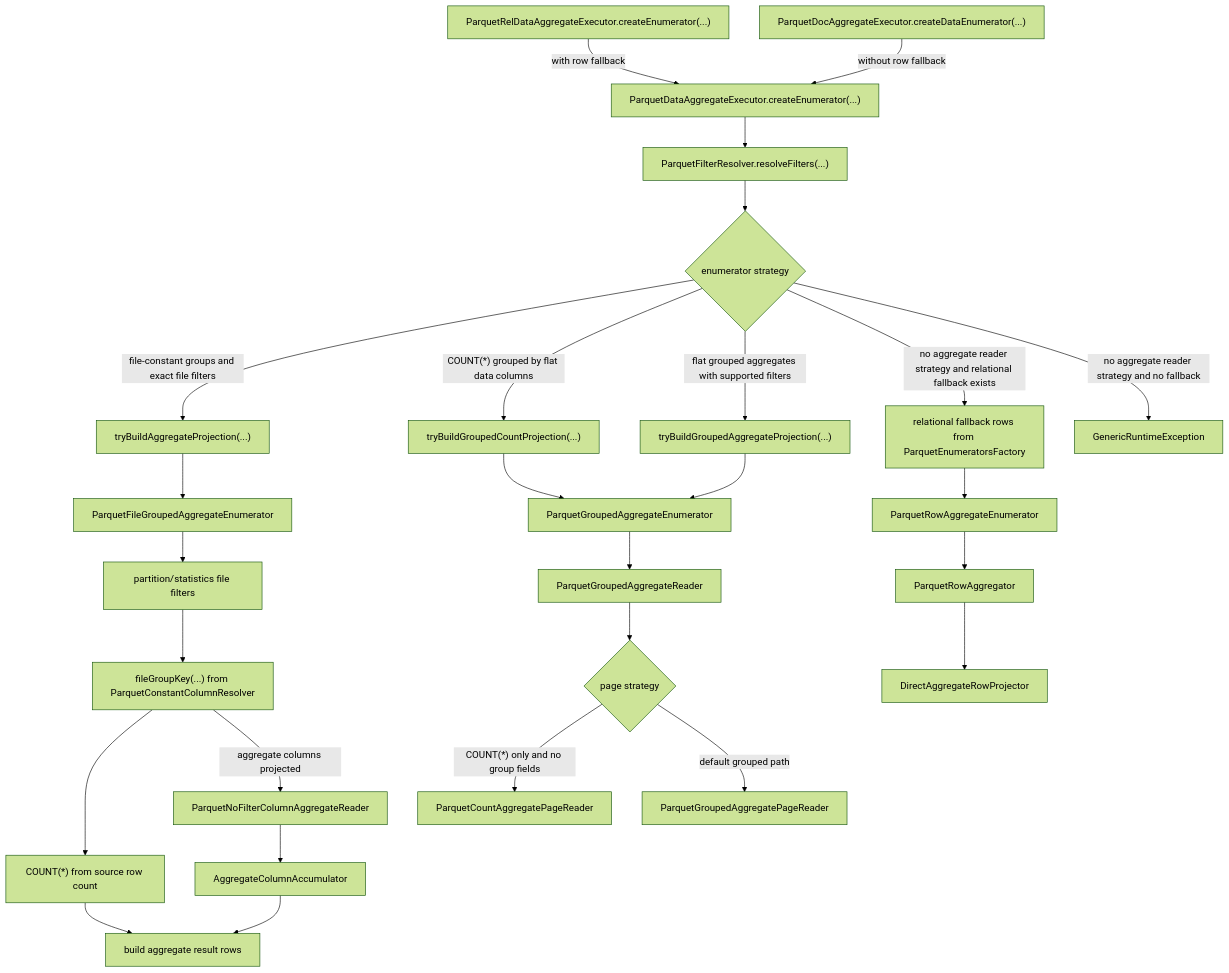
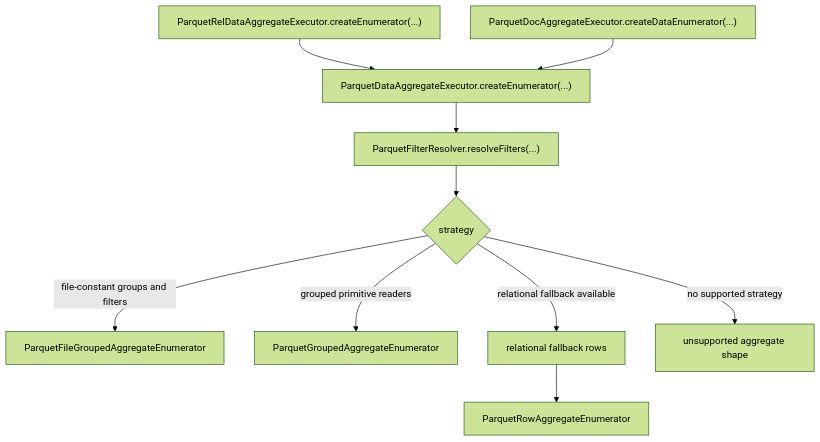
Before and after one commit to polypheny/Polypheny-DB: the second of 6 diagrams in plugins/parquet-adapter/docs/rel_execution_flows.md, drawn with Mermaid (forest theme). The commit also changed other lines of this file and 18 other files, not shown here.

````diff
--- a/plugins/parquet-adapter/docs/rel_execution_flows.md
+++ b/plugins/parquet-adapter/docs/rel_execution_flows.md
@@ -47,52 +41,22 @@
 ```mermaid
 flowchart TD
     relEntry["ParquetRelDataAggregateExecutor.createEnumerator(...)"]
     docEntry["ParquetDocAggregateExecutor.createDataEnumerator(...)"]
     shared["ParquetDataAggregateExecutor.createEnumerator(...)"]
 
     resolveFilters["ParquetFilterResolver.resolveFilters(...)"]
-    strategy{"enumerator strategy"}
+    strategy{"strategy"}
+    fileGrouped["ParquetFileGroupedAggregateEnumerator"]
+    grouped["ParquetGroupedAggregateEnumerator"]
+    fallbackRows["relational fallback rows"]
+    rowAggregate["ParquetRowAggregateEnumerator"]
+    unsupported["unsupported aggregate shape"]
 
-    fileProjection["tryBuildAggregateProjection(...)"]
-    fileEnumerator["ParquetFileGroupedAggregateEnumerator"]
-    fileFilter["partition/statistics file filters"]
-    fileGroup["fileGroupKey(...) from ParquetConstantColumnResolver"]
-    countStarRows["COUNT(*) from source row count"]
-    columnReader["ParquetNoFilterColumnAggregateReader"]
-    columnAccumulator["AggregateColumnAccumulator"]
-    fileRows["build aggregate result rows"]
-
-    groupedCountProjection["tryBuildGroupedCountProjection(...)"]
-    groupedProjection["tryBuildGroupedAggregateProjection(...)"]
-    groupedEnumerator["ParquetGroupedAggregateEnumerator"]
-    groupedReader["ParquetGroupedAggregateReader"]
-    pageStrategy{"page strategy"}
-    countPage["ParquetCountAggregatePageReader"]
-    groupedPage["ParquetGroupedAggregatePageReader"]
-
-    fallbackRows["relational fallback rows from ParquetEnumeratorsFactory"]
-    rowAggregate["ParquetRowAggregateEnumerator"]
-    rowEngine["ParquetRowAggregator"]
-    directProjector["DirectAggregateRowProjector"]
-
-    unsupported["GenericRuntimeException"]
-
-    relEntry -->|"with row fallback"| shared
-    docEntry -->|"without row fallback"| shared
+    relEntry --> shared
+    docEntry --> shared
     shared --> resolveFilters --> strategy
-
-    strategy -->|"file-constant groups and exact file filters"| fileProjection --> fileEnumerator
-    fileEnumerator --> fileFilter --> fileGroup
-    fileGroup --> countStarRows --> fileRows
-    fileGroup -->|"aggregate columns projected"| columnReader --> columnAccumulator --> fileRows
-
-    strategy -->|"COUNT(*) grouped by flat data columns"| groupedCountProjection --> groupedEnumerator
-    strategy -->|"flat grouped aggregates with supported filters"| groupedProjection --> groupedEnumerator
-    groupedEnumerator --> groupedReader --> pageStrategy
-    pageStrategy -->|"COUNT(*) only and no group fields"| countPage
-    pageStrategy -->|"default grouped path"| groupedPage
-
-    strategy -->|"no aggregate reader strategy and relational fallback exists"| fallbackRows
-    fallbackRows --> rowAggregate --> rowEngine --> directProjector
-    strategy -->|"no aggregate reader strategy and no fallback"| unsupported
+    strategy -->|"file-constant groups and filters"| fileGrouped
+    strategy -->|"grouped primitive readers"| grouped
+    strategy -->|"relational fallback available"| fallbackRows --> rowAggregate
+    strategy -->|"no supported strategy"| unsupported
 ```
````
